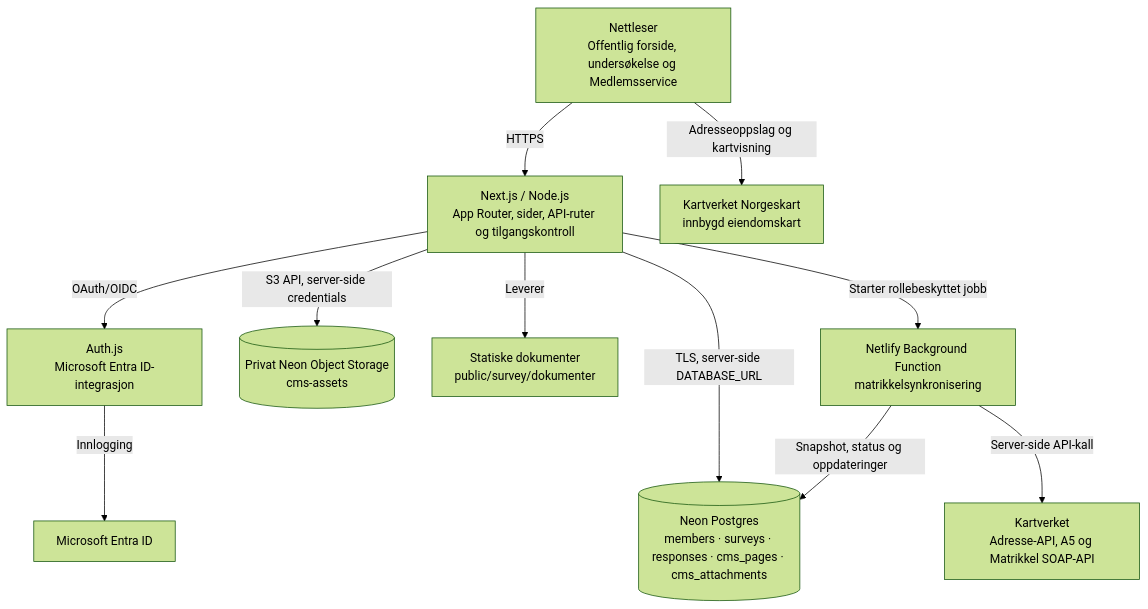
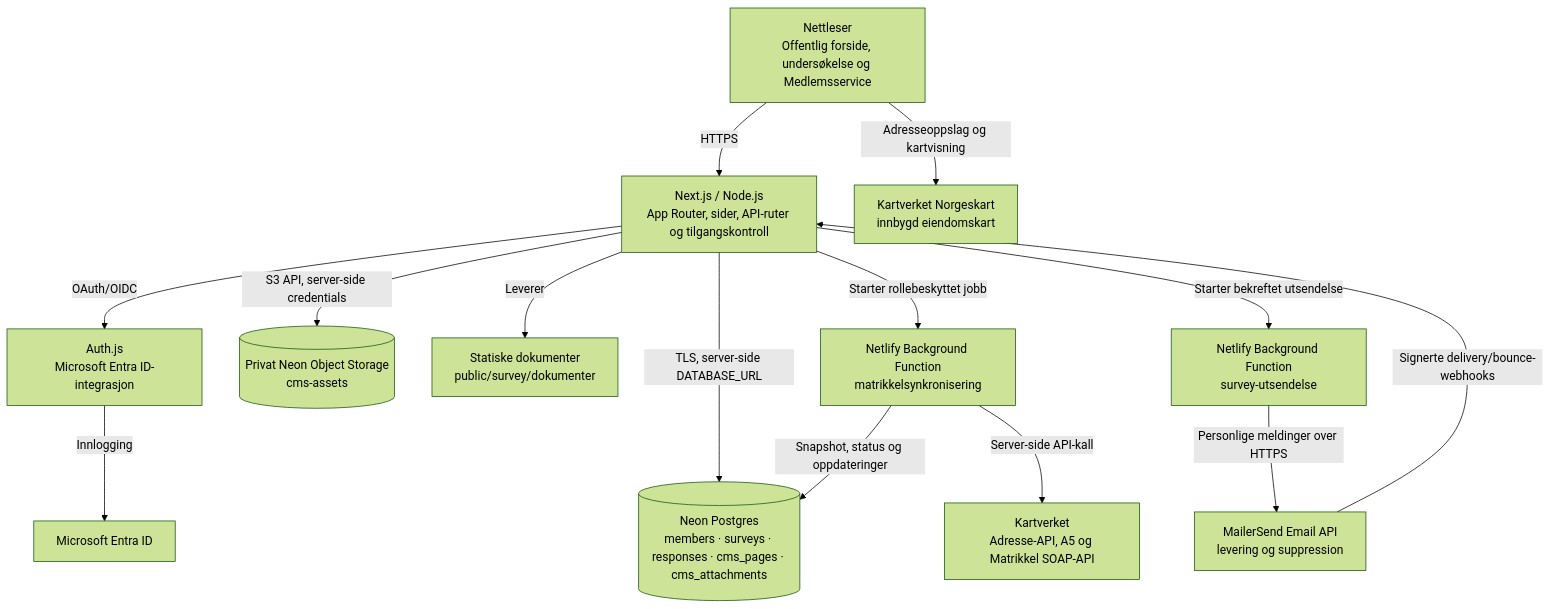
Before and after one commit to ibjohansen/tfv-poll: the second of 5 diagrams in README.md, drawn with Mermaid (forest theme). The commit also changed other lines of this file and 25 other files, not shown here.

First line of the commit message:
Integrer MailerSend for sikre survey-utsendelser

````diff
--- a/README.md
+++ b/README.md
@@ -72,23 +76,28 @@
 ```mermaid
 flowchart TB
   browser["Nettleser\nOffentlig forside, undersøkelse og Medlemsservice"]
   next["Next.js / Node.js\nApp Router, sider, API-ruter og tilgangskontroll"]
   auth["Auth.js\nMicrosoft Entra ID-integrasjon"]
   db[("Neon Postgres\nmembers · surveys · responses · cms_pages · cms_attachments")]
   storage[("Privat Neon Object Storage\ncms-assets")]
   files["Statiske dokumenter\npublic/survey/dokumenter"]
   matrikkel["Kartverket\nAdresse-API, A5 og Matrikkel SOAP-API"]
   norgeskart["Kartverket Norgeskart\ninnbygd eiendomskart"]
   worker["Netlify Background Function\nmatrikkelsynkronisering"]
+  emailworker["Netlify Background Function\nsurvey-utsendelse"]
+  mailer["MailerSend Email API\nlevering og suppression"]
 
   browser -->|"HTTPS"| next
   next -->|"OAuth/OIDC"| auth
   auth -->|"Innlogging"| entra["Microsoft Entra ID"]
   next -->|"TLS, server-side DATABASE_URL"| db
   next -->|"S3 API, server-side credentials"| storage
   next -->|"Leverer"| files
   next -->|"Starter rollebeskyttet jobb"| worker
+  next -->|"Starter bekreftet utsendelse"| emailworker
+  emailworker -->|"Personlige meldinger over HTTPS"| mailer
+  mailer -->|"Signerte delivery/bounce-webhooks"| next
   worker -->|"Server-side API-kall"| matrikkel
   browser -->|"Adresseoppslag og kartvisning"| norgeskart
   worker -->|"Snapshot, status og oppdateringer"| db
 ```
````
